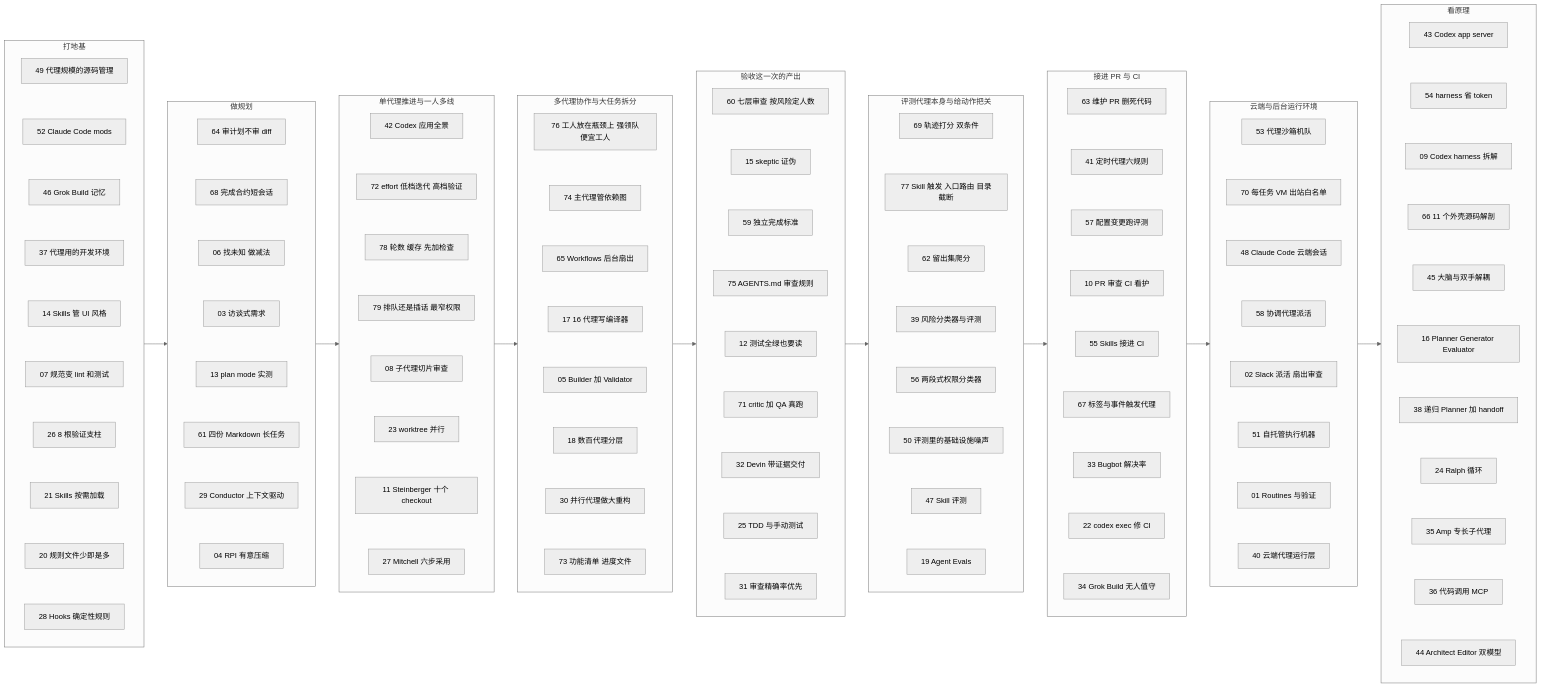
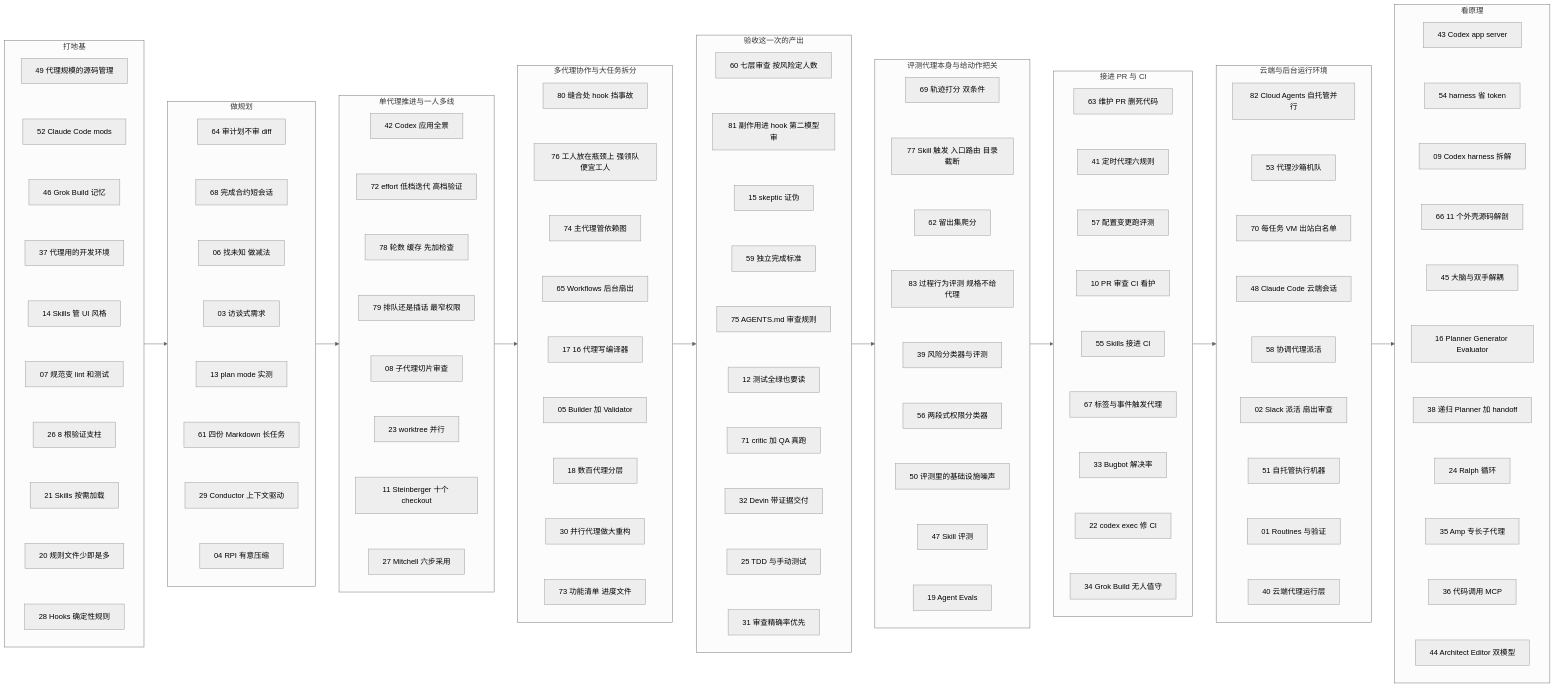
The diagram in docs/index.md (yzw7489757/ai-coding-videos), drawn with Mermaid (neutral theme) before and after one commit. The commit also changed other lines of this file and 17 other files, not shown here.

First line of the commit message:
第十二批收录 #80–#83：缝合处 hook、按效果审查、Navan 自托管并行、Basis 行为规格

```diff
--- a/docs/index.md
+++ b/docs/index.md
@@ -174,6 +174,7 @@
   end
   subgraph S4["多代理协作与大任务拆分"]
     direction TB
+    A80["80 缝合处 hook 挡事故"]
     A76["76 工人放在瓶颈上 强领队便宜工人"]
     A74["74 主代理管依赖图"]
     A65["65 Workflows 后台扇出"]
@@ -182,6 +183,7 @@
     A18["18 数百代理分层"]
     A30["30 并行代理做大重构"]
     A73["73 功能清单 进度文件"]
+    A80 ~~~ A76
     A76 ~~~ A74
     A74 ~~~ A65
     A65 ~~~ A17
@@ -193,6 +195,7 @@
   subgraph S5["验收这一次的产出"]
     direction TB
     A60["60 七层审查 按风险定人数"]
+    A81["81 副作用进 hook 第二模型审"]
     A15["15 skeptic 证伪"]
     A59["59 独立完成标准"]
     A75["75 AGENTS.md 审查规则"]
@@ -201,7 +204,8 @@
     A32["32 Devin 带证据交付"]
     A25["25 TDD 与手动测试"]
     A31["31 审查精确率优先"]
-    A60 ~~~ A15
+    A60 ~~~ A81
+    A81 ~~~ A15
     A15 ~~~ A59
     A59 ~~~ A75
     A75 ~~~ A12
@@ -215,6 +219,7 @@
     A69["69 轨迹打分 双条件"]
     A77["77 Skill 触发 入口路由 目录截断"]
     A62["62 留出集爬分"]
+    A83["83 过程行为评测 规格不给代理"]
     A39["39 风险分类器与评测"]
     A56["56 两段式权限分类器"]
     A50["50 评测里的基础设施噪声"]
@@ -222,7 +227,8 @@
     A19["19 Agent Evals"]
     A69 ~~~ A77
     A77 ~~~ A62
-    A62 ~~~ A39
+    A62 ~~~ A83
+    A83 ~~~ A39
     A39 ~~~ A56
     A56 ~~~ A50
     A50 ~~~ A47
@@ -250,6 +256,7 @@
   end
   subgraph S8["云端与后台运行环境"]
     direction TB
+    A82["82 Cloud Agents 自托管并行"]
     A53["53 代理沙箱机队"]
     A70["70 每任务 VM 出站白名单"]
     A48["48 Claude Code 云端会话"]
@@ -258,6 +265,7 @@
     A51["51 自托管执行机器"]
     A01["01 Routines 与验证"]
     A40["40 云端代理运行层"]
+    A82 ~~~ A53
     A53 ~~~ A70
     A70 ~~~ A48
     A48 ~~~ A58
```
